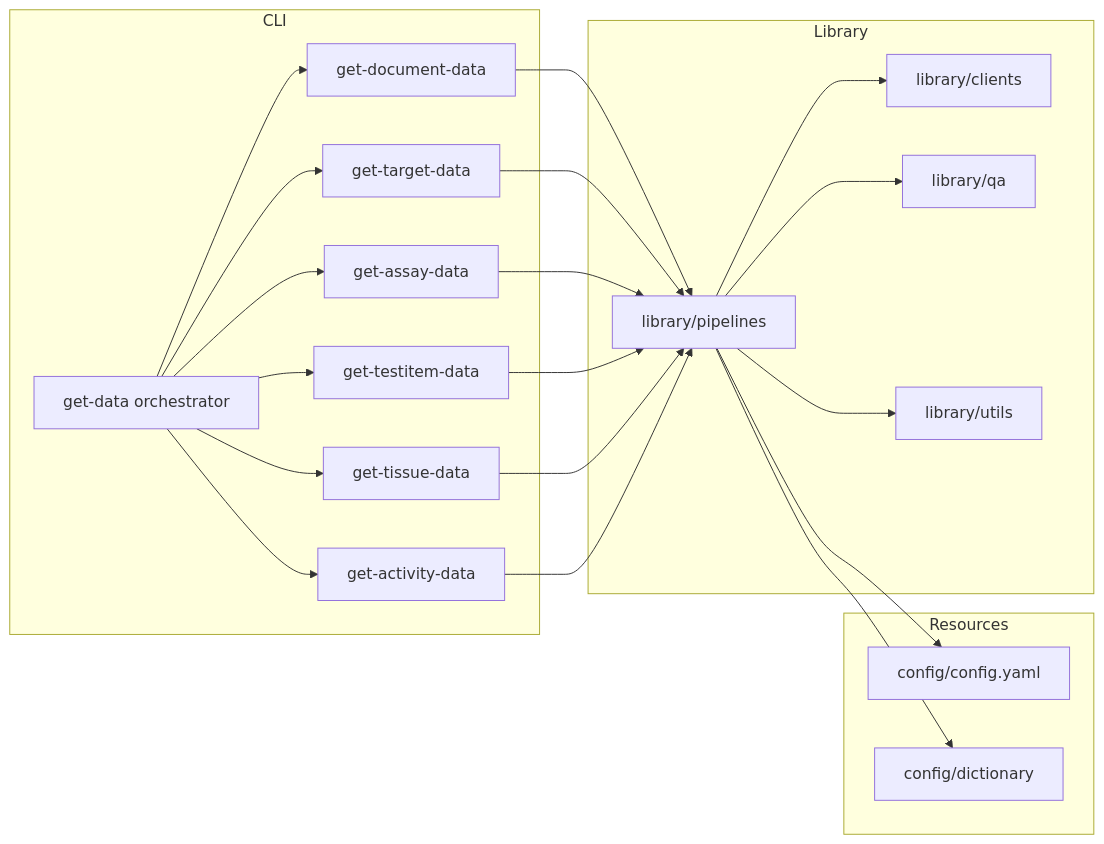
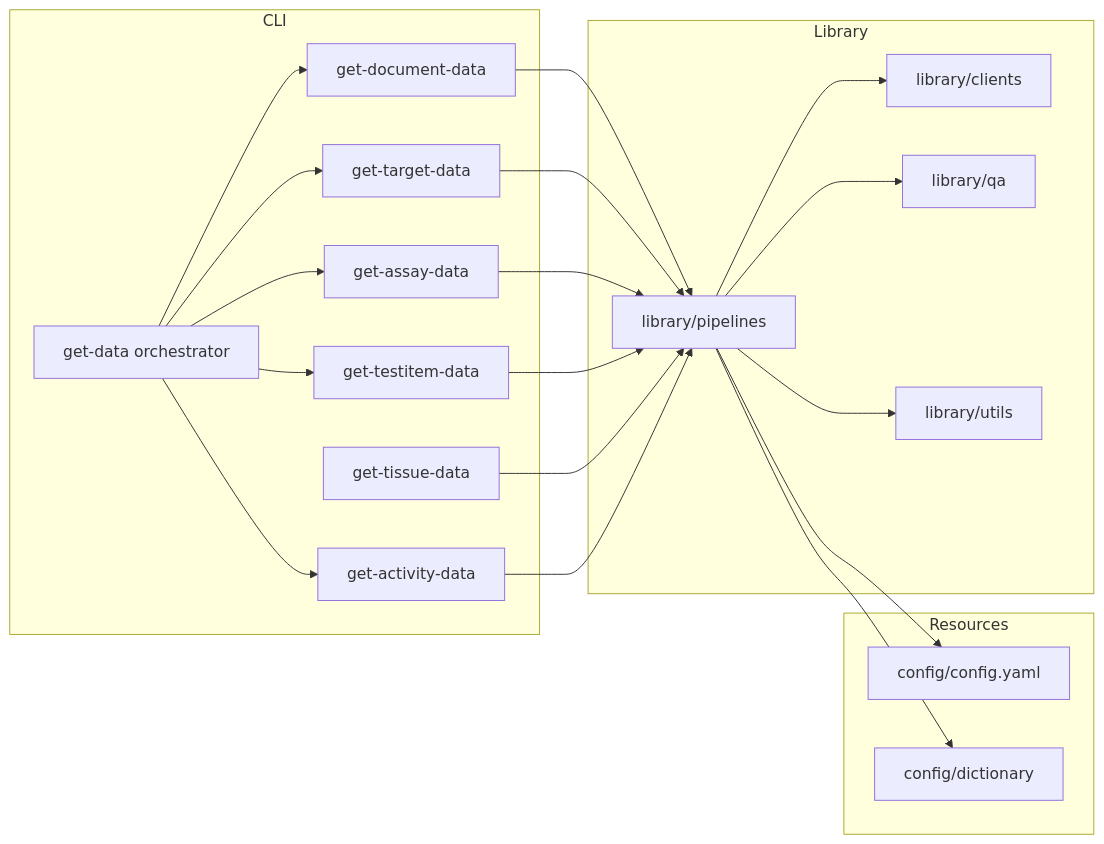
One commit to SatoryKono/ChEMBL_data_acquisition changed the diagram in docs/en/architecture/ARCHITECTURE.md. Above: the diagram before and after it, drawn with Mermaid. The commit also changed other lines of this file and 4 other files, not shown here.

````diff
--- a/docs/en/architecture/ARCHITECTURE.md
+++ b/docs/en/architecture/ARCHITECTURE.md
@@ -3,30 +3,30 @@
 ```mermaid
 flowchart LR
     subgraph CLI
         A1[get-document-data]
         A2[get-target-data]
         A3[get-assay-data]
         A4[get-testitem-data]
         A5[get-tissue-data]
         A6[get-activity-data]
         A0[get-data orchestrator]
     end
     subgraph Library
         B1[library/clients]
         B2[library/pipelines]
         B3[library/qa]
         B4[library/utils]
     end
     subgraph Resources
         C1[config/config.yaml]
         C2[config/dictionary]
     end
 
-    A0 --> A1 & A2 & A3 & A4 & A5 & A6
+    A0 --> A1 & A2 & A3 & A4 & A6
     A1 & A2 & A3 & A4 & A5 & A6 --> B2
     B2 --> B1
     B2 --> B3
     B2 --> B4
     B2 --> C1
     B2 --> C2
 ```
````
